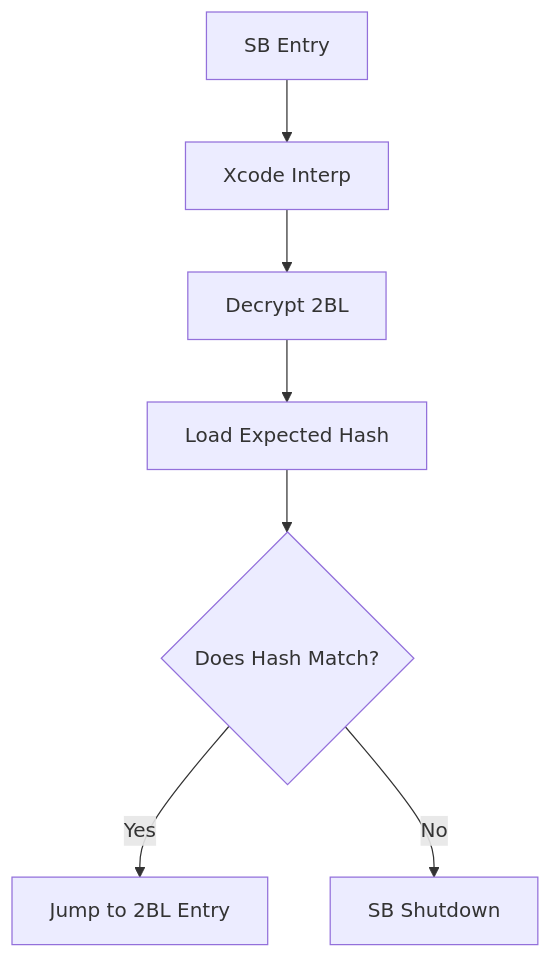
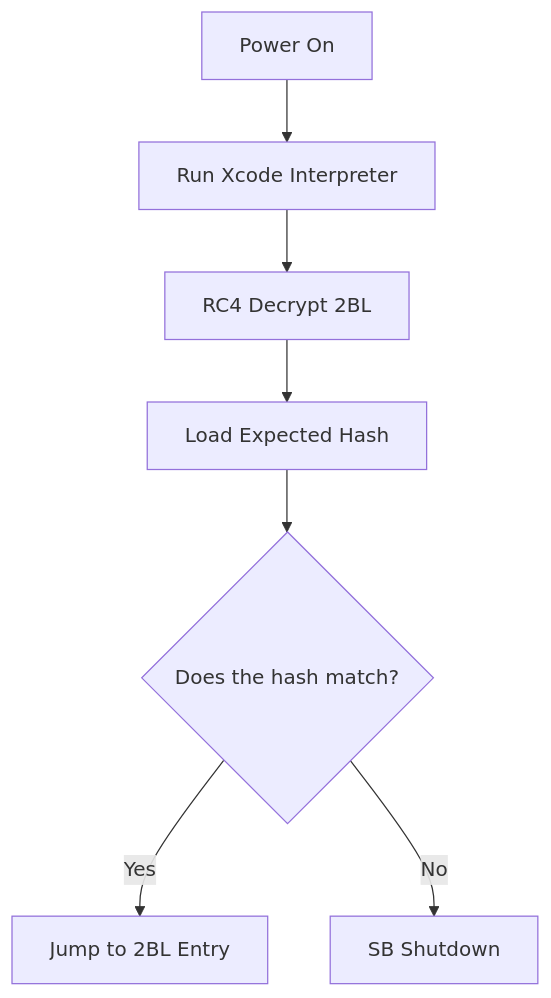
Before and after one commit to tommojphillips/XboxBiosTool: the diagram in boot_state_diagram_mcpx_rev0.md, drawn with Mermaid.

````diff
--- a/boot_state_diagram_mcpx_rev0.md
+++ b/boot_state_diagram_mcpx_rev0.md
@@ -1,14 +1,14 @@
 ```mermaid
 graph TD;
 
-SB_ENTRY[SB Entry]-->SB_XCODE_INTERP
-SB_XCODE_INTERP[Xcode Interp]-->SB_DECRYPT_2BL
+PWR_ON[Power On]-->SB_XCODE_INTERP
+SB_XCODE_INTERP[Run Xcode Interpreter]-->SB_DECRYPT_2BL
 
-SB_DECRYPT_2BL[Decrypt 2BL]-->SB_LOAD_STORED_HASH
-SB_LOAD_STORED_HASH[Load Expected Hash]-->SB_IS_2BL_VALID{Does Hash Match?}
+SB_DECRYPT_2BL[RC4 Decrypt 2BL]-->SB_LOAD_STORED_HASH
+SB_LOAD_STORED_HASH[Load Expected Hash]-->SB_IS_2BL_VALID{Does the hash match?}
 SB_IS_2BL_VALID-->|Yes|2BL_ENTRY
 SB_IS_2BL_VALID-->|No|SB_SHUTDOWN
 
 2BL_ENTRY[Jump to 2BL Entry]
 SB_SHUTDOWN[SB Shutdown]
 ```
````
